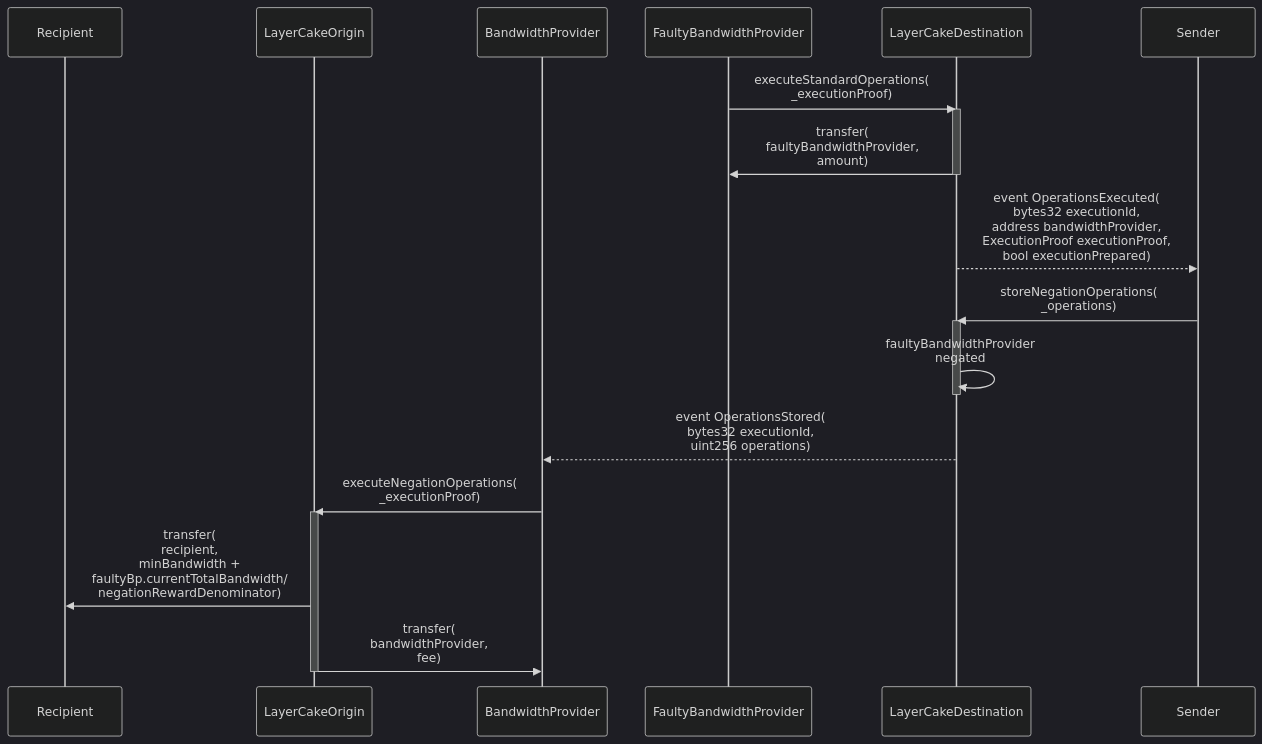
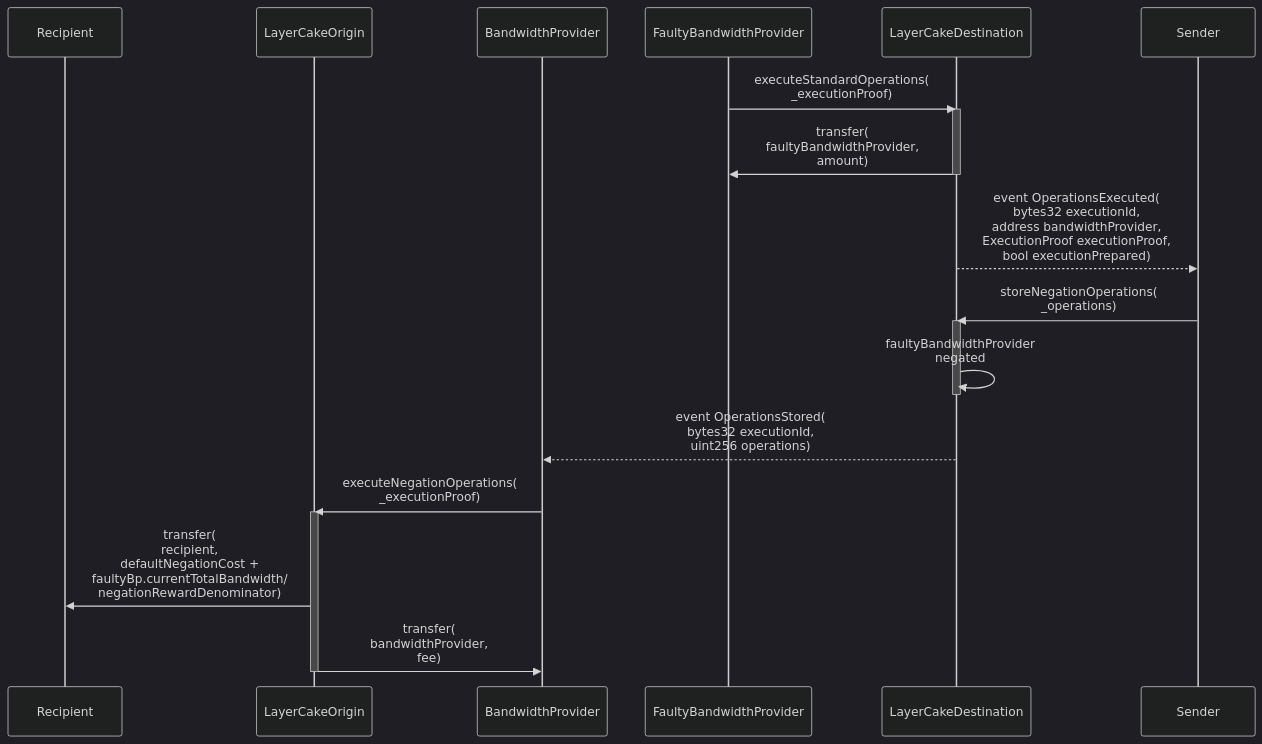
Before and after one commit to flare-labs-ltd/layercake: the third of 5 diagrams in docs/yellow-paper.md, drawn with Mermaid (dark theme). The commit also changed other lines of this file and 12 other files, not shown here.

Commit message:
Updated default negation cost calculation

````diff
--- a/docs/yellow-paper.md
+++ b/docs/yellow-paper.md
@@ -271,24 +271,24 @@
 ```mermaid
 sequenceDiagram
     participant Recipient
     participant LayerCakeOrigin
     participant BandwidthProvider
     participant FaultyBandwidthProvider
     participant LayerCakeDestination
     participant Sender
     FaultyBandwidthProvider->>LayerCakeDestination: executeStandardOperations(<br />_executionProof)
     activate LayerCakeDestination
     LayerCakeDestination->>FaultyBandwidthProvider: transfer(<br />faultyBandwidthProvider,<br />amount)
     deactivate LayerCakeDestination
     LayerCakeDestination-->>Sender: event OperationsExecuted(<br />bytes32 executionId,<br />address bandwidthProvider,<br />ExecutionProof executionProof,<br />bool executionPrepared);
     Sender->>LayerCakeDestination: storeNegationOperations(<br />_operations);
     activate LayerCakeDestination
     LayerCakeDestination->>LayerCakeDestination: faultyBandwidthProvider<br />negated
     deactivate LayerCakeDestination
     LayerCakeDestination-->>BandwidthProvider: event OperationsStored(<br />bytes32 executionId,<br />uint256 operations);
     BandwidthProvider->>LayerCakeOrigin: executeNegationOperations(<br />_executionProof)
     activate LayerCakeOrigin
-    LayerCakeOrigin->>Recipient: transfer(<br />recipient,<br />minBandwidth +<br />faultyBp.currentTotalBandwidth/<br />negationRewardDenominator)
+    LayerCakeOrigin->>Recipient: transfer(<br />recipient,<br />defaultNegationCost +<br />faultyBp.currentTotalBandwidth/<br />negationRewardDenominator)
     LayerCakeOrigin->>BandwidthProvider: transfer(<br />bandwidthProvider,<br />fee)
     deactivate LayerCakeOrigin
 ```
````
